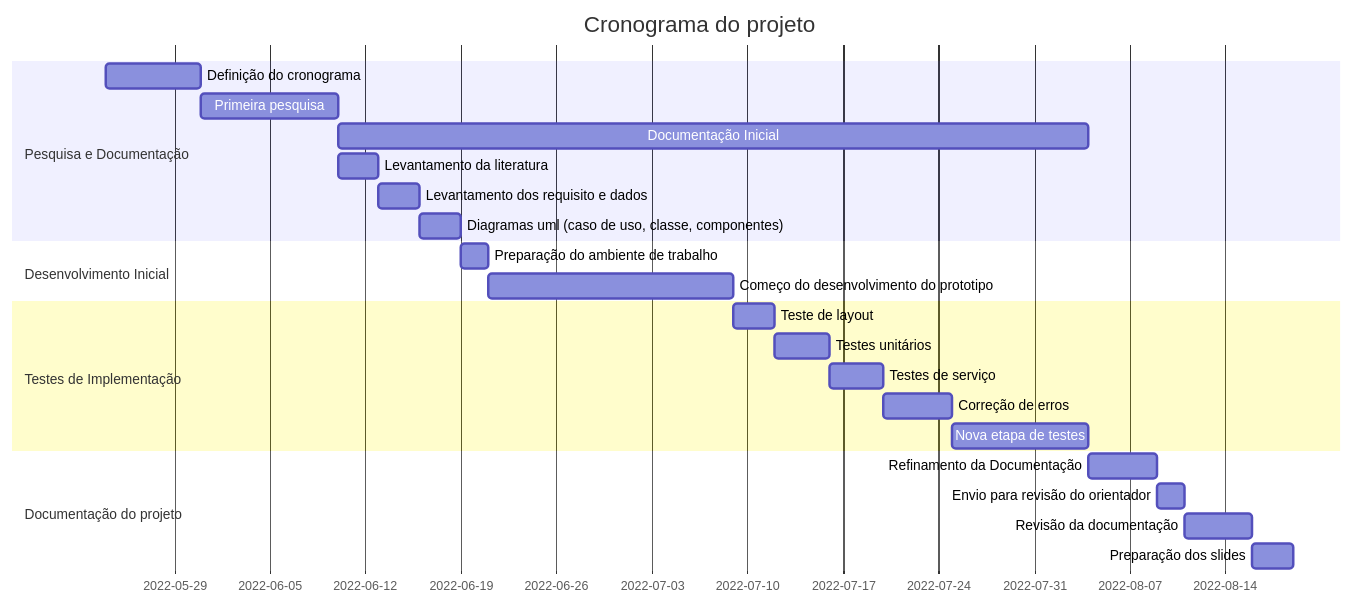
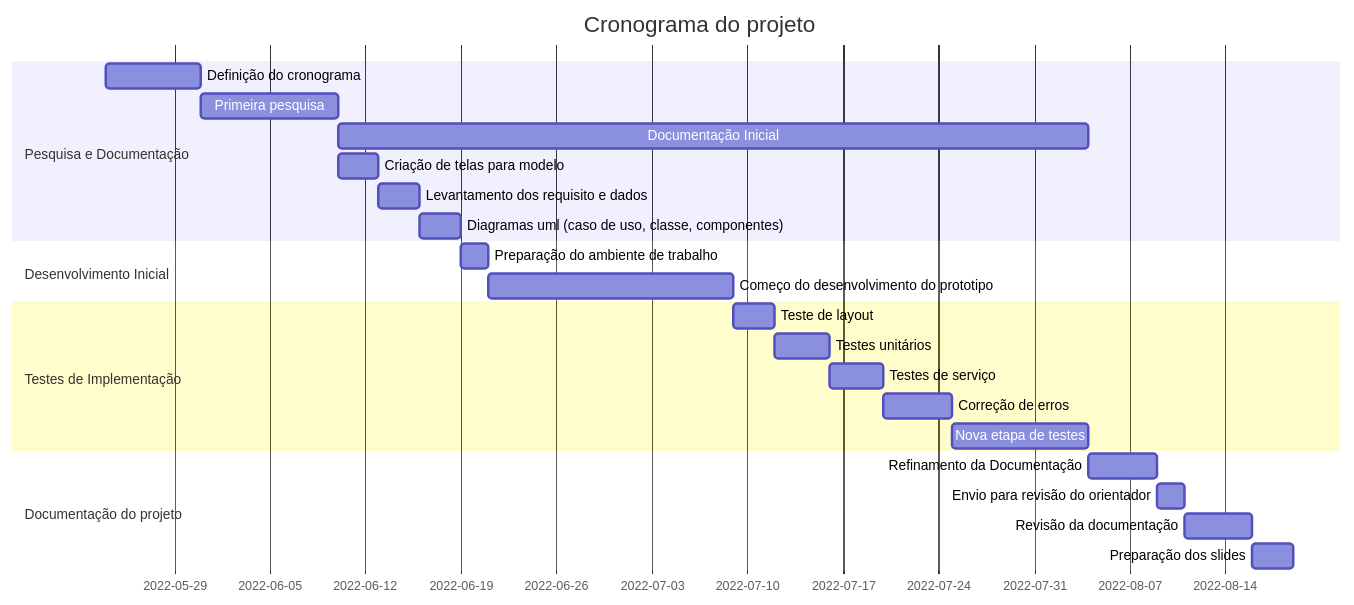
Before and after one commit to HetrisleyGomes/PI: the diagram in 01_Cronograma.md, drawn with Mermaid.

````diff
--- a/01_Cronograma.md
+++ b/01_Cronograma.md
@@ -16,30 +16,30 @@
 ```mermaid
 gantt
 title Cronograma do projeto
 dateFormat DD-MM-YYYY
 section Pesquisa e Documentação
  Definição do cronograma     		:a1, 24-05-2022, 7d
  Primeira pesquisa        		:a2, after a1, 10d
  Documentação Inicial     		:a3, after a2, 55d
- Levantamento da literatura 		:a4, after a2, 3d
+ Criação de telas para modelo 		:a4, after a2, 3d
  Levantamento dos requisito e dados	:3d
  Diagramas uml (caso de uso, classe, componentes) :3d
 
 section Desenvolvimento Inicial
   Preparação do ambiente de trabalho      :2d
   Começo do desenvolvimento do prototipo  :18d
 
 section Testes de Implementação
   Teste de layout     :3d
   Testes unitários    :4d
   Testes de serviço   :4d
   Correção de erros   :5d
   Nova etapa de testes :10d
   
 section Documentação do projeto
   Refinamento da Documentação      :after a3, 5d
   Envio para revisão do orientador :2d
   Revisão da documentação          :5d
   Preparação dos slides		   :3d
 
 ```
````
